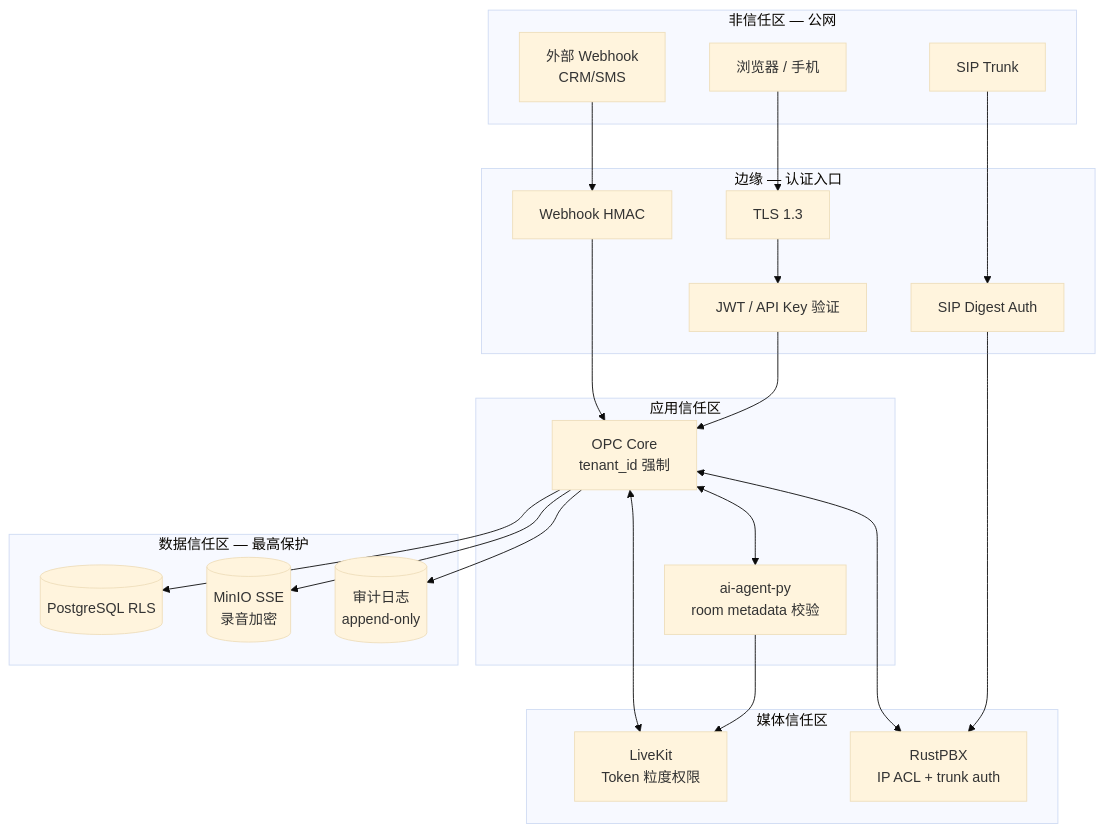
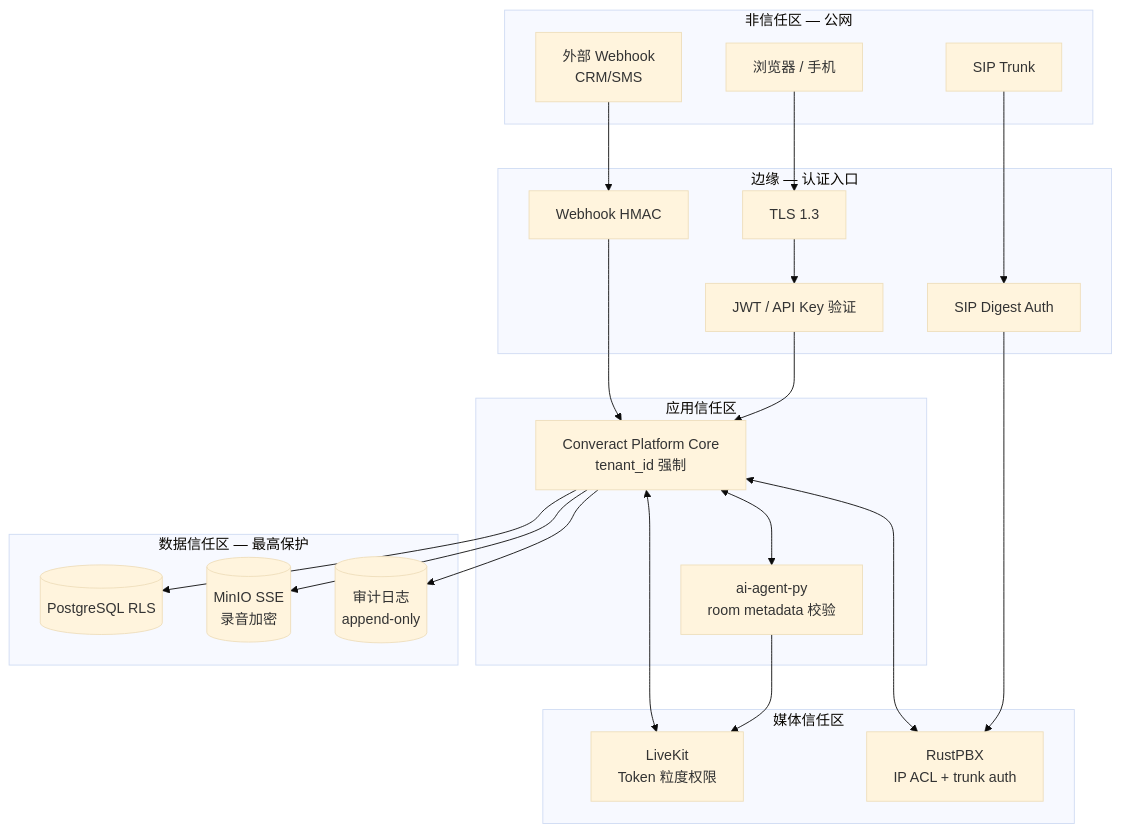
Before and after one commit to songgoldenwind-crypto/converact-platform: diagram 14 of 16 in docs/design/super-contact-center-platform-vision.md, drawn with Mermaid (base theme). The commit also changed other lines of this file and 1807 other files, not shown here.

````diff
--- a/docs/design/super-contact-center-platform-vision.md
+++ b/docs/design/super-contact-center-platform-vision.md
@@ -1223,38 +1223,38 @@
 ```mermaid
 flowchart TB
   subgraph Untrusted["非信任区 — 公网"]
     USER["浏览器 / 手机"]
     TRUNK["SIP Trunk"]
     EXT_WH["外部 Webhook<br/>CRM/SMS"]
   end
 
   subgraph Edge["边缘 — 认证入口"]
     TLS["TLS 1.3"]
     JWT_V["JWT / API Key 验证"]
     SIP_A["SIP Digest Auth"]
     HMAC["Webhook HMAC"]
   end
 
   subgraph AppZone["应用信任区"]
-    OPC_Z["OPC Core<br/>tenant_id 强制"]
+    CONVERACT_Z["Converact Platform Core<br/>tenant_id 强制"]
     AGT_Z["ai-agent-py<br/>room metadata 校验"]
   end
 
   subgraph MediaZone["媒体信任区"]
     LK_Z["LiveKit<br/>Token 粒度权限"]
     RPBX_Z["RustPBX<br/>IP ACL + trunk auth"]
   end
 
   subgraph DataZone["数据信任区 — 最高保护"]
     PG_Z[("PostgreSQL RLS")]
     MINIO_Z[("MinIO SSE<br/>录音加密")]
     AUDIT_Z[("审计日志<br/>append-only")]
   end
 
-  USER --> TLS --> JWT_V --> OPC_Z
+  USER --> TLS --> JWT_V --> CONVERACT_Z
   TRUNK --> SIP_A --> RPBX_Z
-  EXT_WH --> HMAC --> OPC_Z
-  OPC_Z --> PG_Z & MINIO_Z & AUDIT_Z
+  EXT_WH --> HMAC --> CONVERACT_Z
+  CONVERACT_Z --> PG_Z & MINIO_Z & AUDIT_Z
   AGT_Z --> LK_Z
-  OPC_Z <--> AGT_Z & RPBX_Z & LK_Z
+  CONVERACT_Z <--> AGT_Z & RPBX_Z & LK_Z
 ```
````
